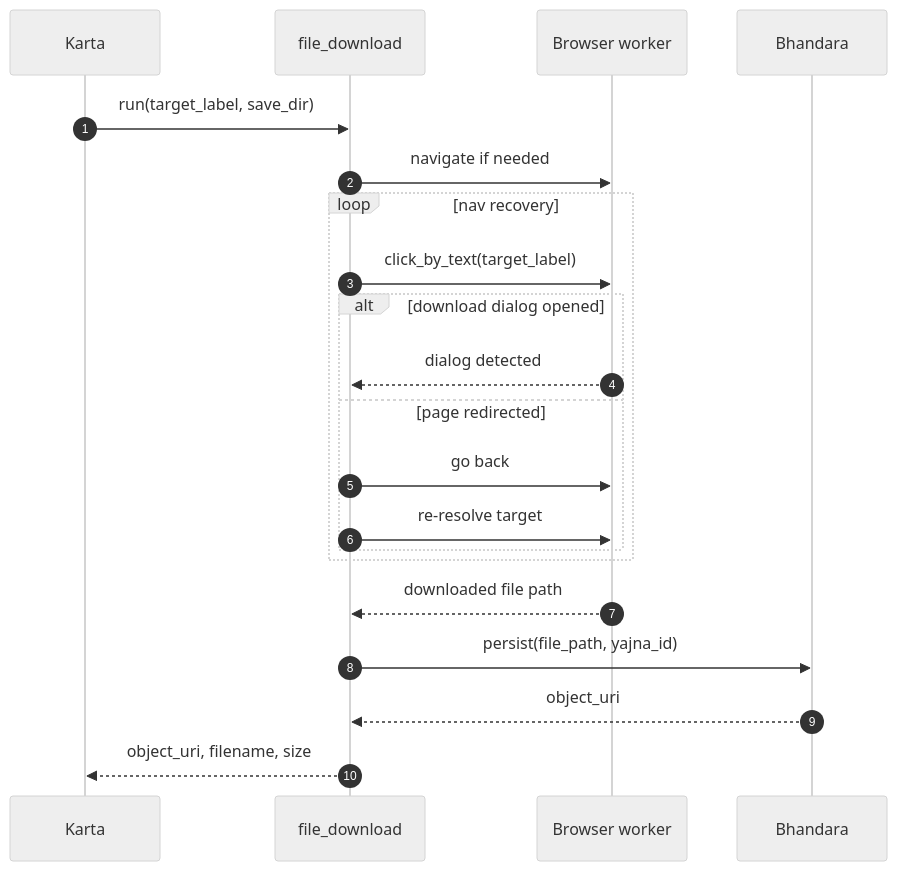
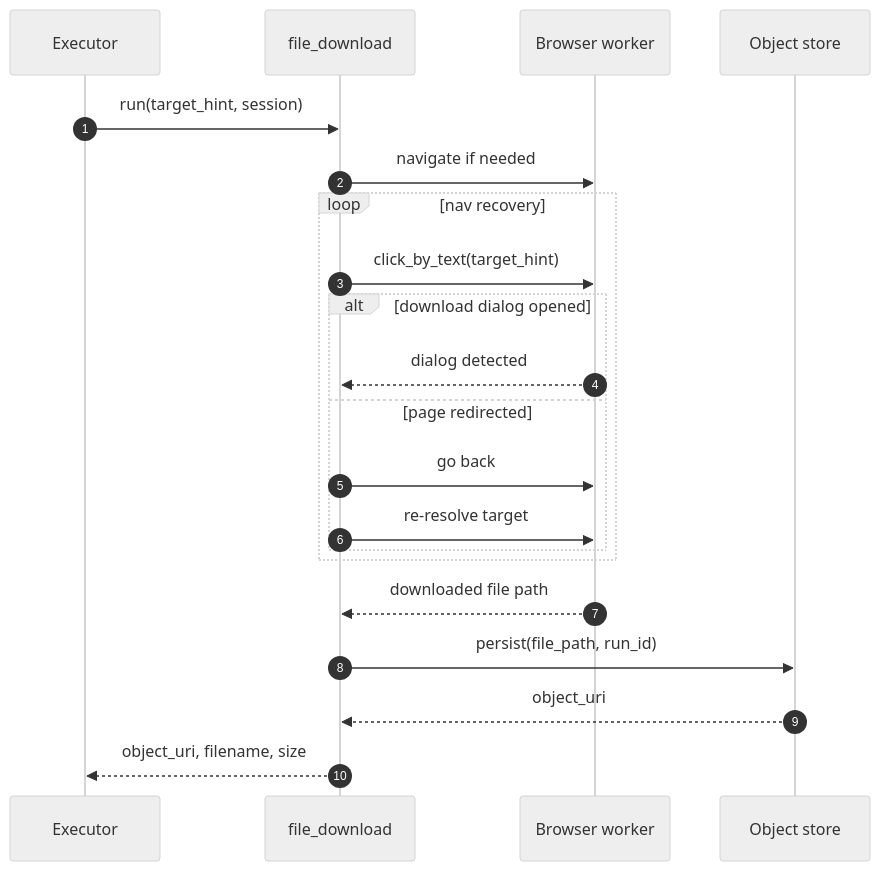
One commit to so-weak/Aakaar changed the seventh of 12 diagrams in documentation/src/02-LLD.md. Above: the diagram before and after it, drawn with Mermaid (neutral theme). The commit also changed other lines of this file and 23 other files, not shown here.

````diff
--- a/documentation/src/02-LLD.md
+++ b/documentation/src/02-LLD.md
@@ -249,24 +252,24 @@
 ```mermaid
 sequenceDiagram
   autonumber
-  participant E as Karta
+  participant E as Executor
   participant D as file_download
   participant B as Browser worker
-  participant O as Bhandara
+  participant O as Object store
 
-  E->>D: run(target_label, save_dir)
+  E->>D: run(target_hint, session)
   D->>B: navigate if needed
   loop nav recovery
-    D->>B: click_by_text(target_label)
+    D->>B: click_by_text(target_hint)
     alt download dialog opened
       B-->>D: dialog detected
     else page redirected
       D->>B: go back
       D->>B: re-resolve target
     end
   end
   B-->>D: downloaded file path
-  D->>O: persist(file_path, yajna_id)
+  D->>O: persist(file_path, run_id)
   O-->>D: object_uri
   D-->>E: object_uri, filename, size
 ```
````
